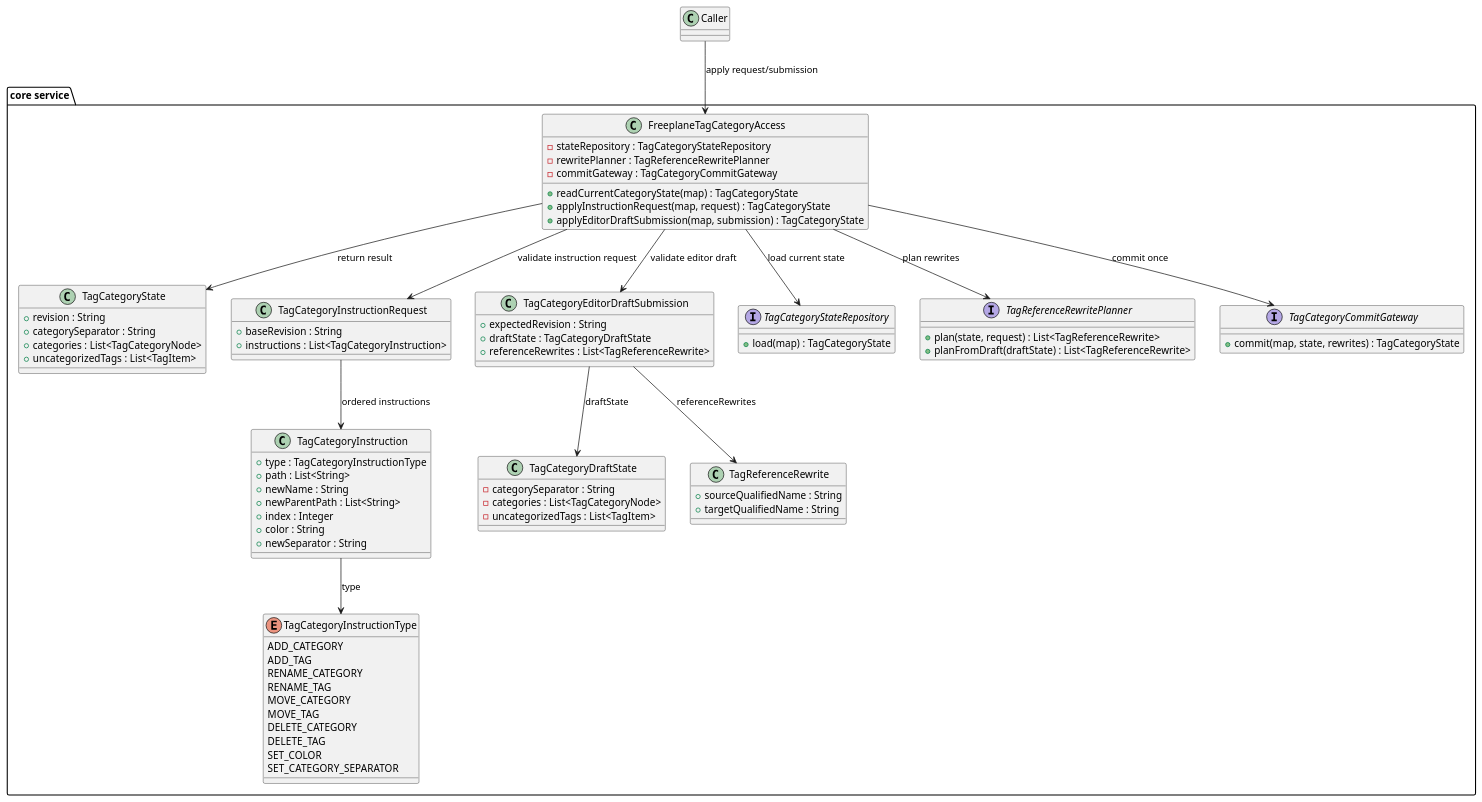
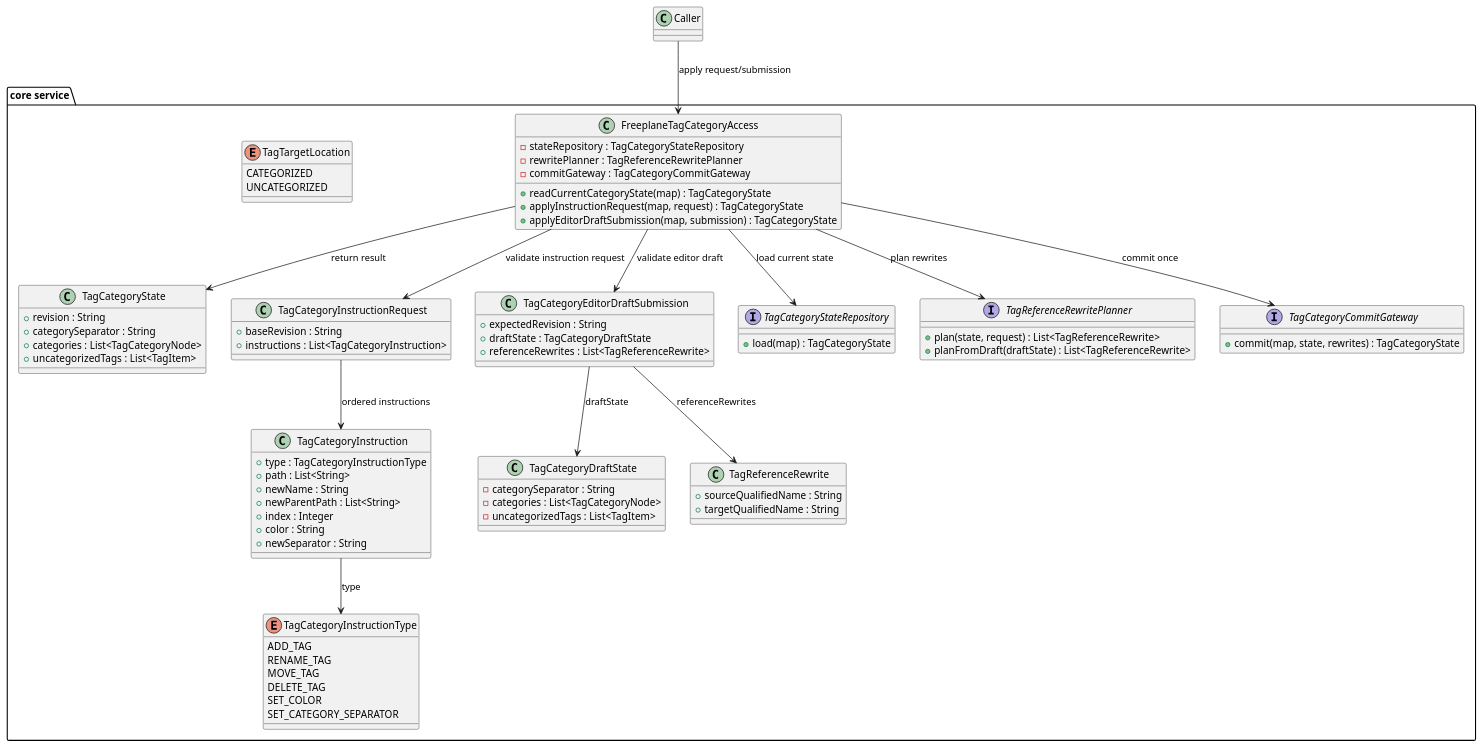
One commit to guoranjun2/nexordia changed the fourth of 7 diagrams in ai-specs/tasks/in-progress/expose-node-tags-to-ai-tools.md. Above: the diagram before and after it, drawn with PlantUML. The commit also changed other lines of this file and 29 other files, not shown here.

Commit message:
Refine tag category editing and hide removed tag sentinels

```diff
--- a/ai-specs/tasks/in-progress/expose-node-tags-to-ai-tools.md
+++ b/ai-specs/tasks/in-progress/expose-node-tags-to-ai-tools.md
@@ -803,16 +827,16 @@
     + targetQualifiedName : String
   }
   enum TagCategoryInstructionType {
-    ADD_CATEGORY
     ADD_TAG
-    RENAME_CATEGORY
     RENAME_TAG
-    MOVE_CATEGORY
     MOVE_TAG
-    DELETE_CATEGORY
     DELETE_TAG
     SET_COLOR
     SET_CATEGORY_SEPARATOR
+  }
+  enum TagTargetLocation {
+    CATEGORIZED
+    UNCATEGORIZED
   }
   interface TagCategoryStateRepository {
     + load(map) : TagCategoryState
```
